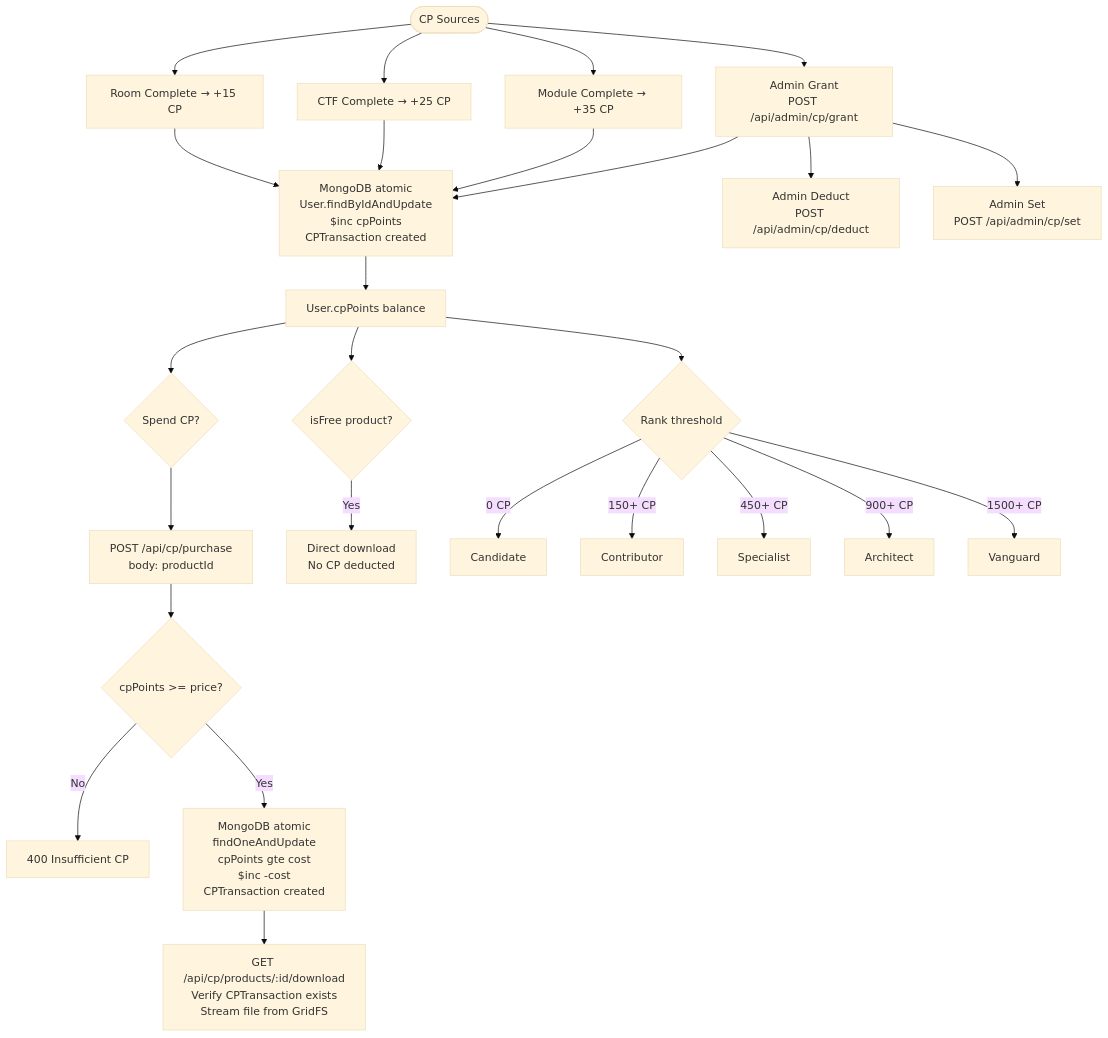
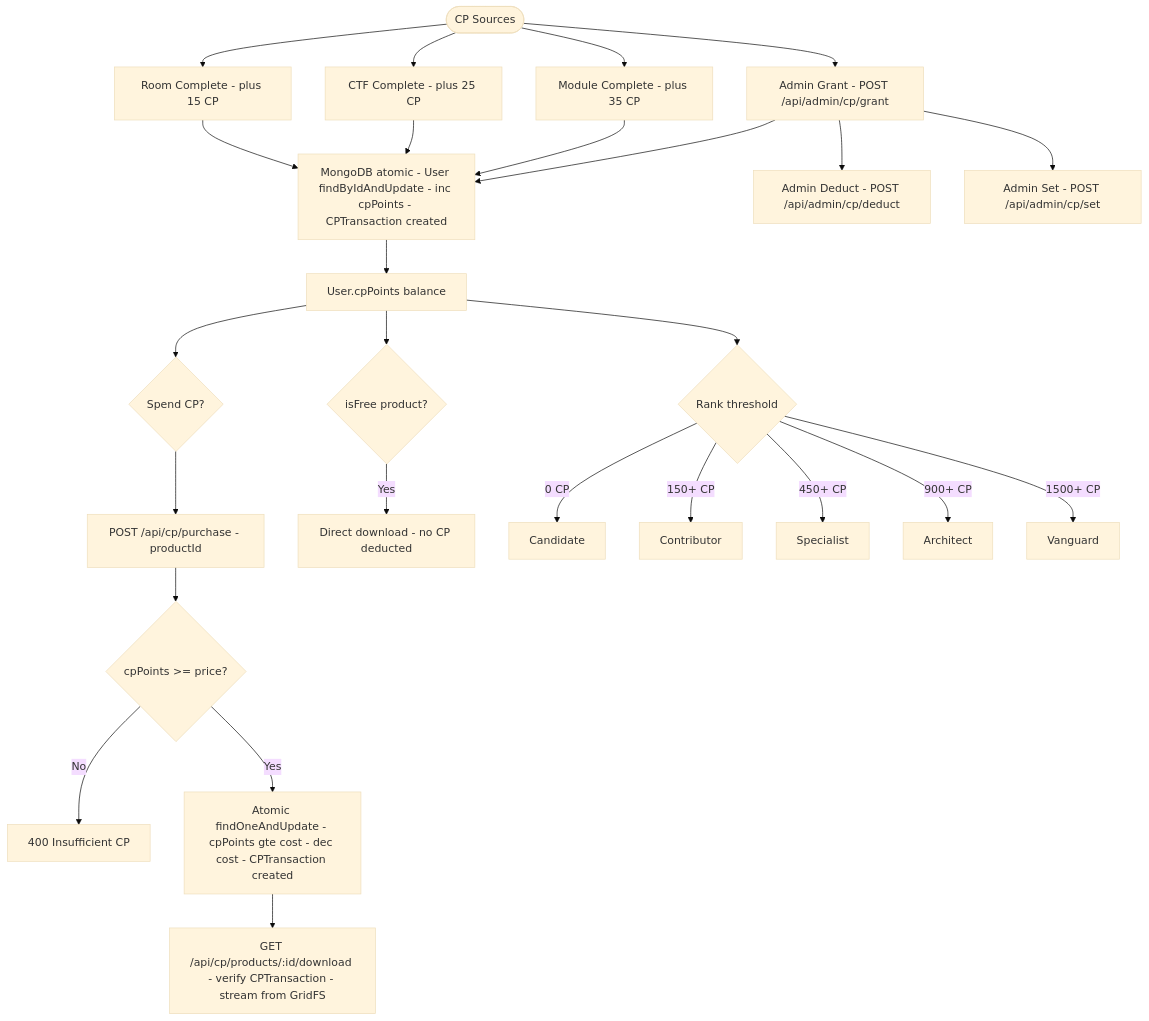
One commit to HSOCIETY-OFFSEC/hsociety-frontend changed the fifth of 10 diagrams in ARCHITECTURE.md. Above: the diagram before and after it, drawn with Mermaid (base theme). The commit also changed other lines of this file, not shown here.

Commit message:
fix: architecture diagrams — fix all Mermaid lexical errors, remove backslash-n in labels

````diff
--- a/ARCHITECTURE.md
+++ b/ARCHITECTURE.md
@@ -169,31 +187,31 @@
 ```mermaid
 flowchart TD
-    CP_SOURCES([CP Sources]) --> EARN_ROOM[Room Complete → +15 CP]
-    CP_SOURCES --> EARN_CTF[CTF Complete → +25 CP]
-    CP_SOURCES --> EARN_MODULE[Module Complete → +35 CP]
-    CP_SOURCES --> ADMIN_GRANT[Admin Grant\nPOST /api/admin/cp/grant]
+    SRC([CP Sources]) --> E1[Room Complete - plus 15 CP]
+    SRC --> E2[CTF Complete - plus 25 CP]
+    SRC --> E3[Module Complete - plus 35 CP]
+    SRC --> E4[Admin Grant - POST /api/admin/cp/grant]
 
-    EARN_ROOM & EARN_CTF & EARN_MODULE & ADMIN_GRANT --> ATOMIC_INC[MongoDB atomic\nUser.findByIdAndUpdate\n$inc cpPoints\nCPTransaction created]
+    E1 & E2 & E3 & E4 --> ATOMIC[MongoDB atomic - User findByIdAndUpdate - inc cpPoints - CPTransaction created]
 
-    ATOMIC_INC --> BALANCE[User.cpPoints balance]
+    ATOMIC --> BAL[User.cpPoints balance]
 
-    BALANCE --> SPEND{Spend CP?}
-    SPEND --> PURCHASE[POST /api/cp/purchase\nbody: productId]
-    PURCHASE --> SPEND_CHECK{cpPoints >= price?}
-    SPEND_CHECK -->|No| SPEND_ERR[400 Insufficient CP]
-    SPEND_CHECK -->|Yes| ATOMIC_DEC[MongoDB atomic\nfindOneAndUpdate\ncpPoints gte cost\n$inc -cost\nCPTransaction created]
-    ATOMIC_DEC --> DOWNLOAD[GET /api/cp/products/:id/download\nVerify CPTransaction exists\nStream file from GridFS]
+    BAL --> SPEND{Spend CP?}
+    SPEND --> PUR[POST /api/cp/purchase - productId]
+    PUR --> PC{cpPoints >= price?}
+    PC -->|No| PE[400 Insufficient CP]
+    PC -->|Yes| DEC[Atomic findOneAndUpdate - cpPoints gte cost - dec cost - CPTransaction created]
+    DEC --> DL[GET /api/cp/products/:id/download - verify CPTransaction - stream from GridFS]
 
-    BALANCE --> FREE_PRODUCT{isFree product?}
-    FREE_PRODUCT -->|Yes| DIRECT_DOWNLOAD[Direct download\nNo CP deducted]
+    BAL --> FREE{isFree product?}
+    FREE -->|Yes| FDL[Direct download - no CP deducted]
 
-    ADMIN_GRANT --> ADMIN_DEDUCT[Admin Deduct\nPOST /api/admin/cp/deduct]
-    ADMIN_GRANT --> ADMIN_SET[Admin Set\nPOST /api/admin/cp/set]
+    E4 --> AD[Admin Deduct - POST /api/admin/cp/deduct]
+    E4 --> AS[Admin Set - POST /api/admin/cp/set]
 
-    BALANCE --> RANK{Rank threshold}
-    RANK -->|0 CP| CANDIDATE[Candidate]
-    RANK -->|150+ CP| CONTRIBUTOR[Contributor]
-    RANK -->|450+ CP| SPECIALIST[Specialist]
-    RANK -->|900+ CP| ARCHITECT[Architect]
-    RANK -->|1500+ CP| VANGUARD[Vanguard]
+    BAL --> RANK{Rank threshold}
+    RANK -->|0 CP| R1[Candidate]
+    RANK -->|150+ CP| R2[Contributor]
+    RANK -->|450+ CP| R3[Specialist]
+    RANK -->|900+ CP| R4[Architect]
+    RANK -->|1500+ CP| R5[Vanguard]
 ```
````
